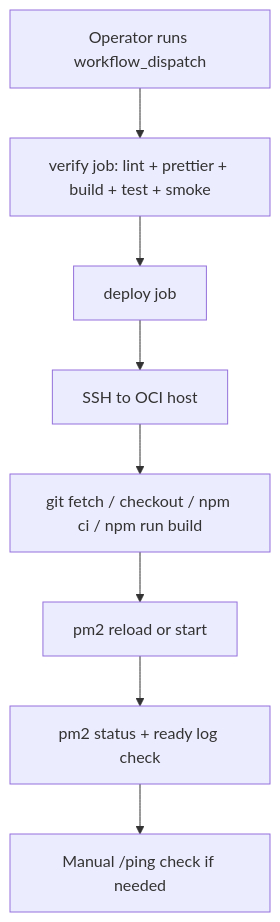
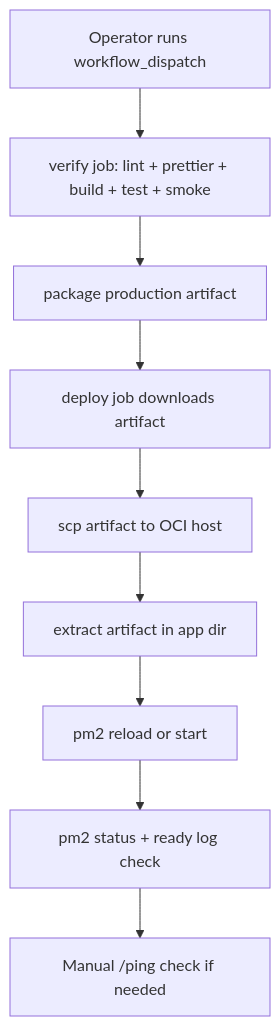
Before and after one commit to honki12345/haruharu-discord-bot: the diagram in docs/PRODUCTION_RUNBOOK.md, drawn with Mermaid. The commit also changed other lines of this file and 5 other files, not shown here.

Commit message:
feat: production artifact 배포로 전환 (#59)

````diff
--- a/docs/PRODUCTION_RUNBOOK.md
+++ b/docs/PRODUCTION_RUNBOOK.md
@@ -16,10 +16,11 @@
 ```mermaid
 flowchart TD
   A[Operator runs workflow_dispatch] --> B[verify job: lint + prettier + build + test + smoke]
-  B --> C[deploy job]
-  C --> D[SSH to OCI host]
-  D --> E[git fetch / checkout / npm ci / npm run build]
-  E --> F[pm2 reload or start]
-  F --> G[pm2 status + ready log check]
-  G --> H[Manual /ping check if needed]
+  B --> C[package production artifact]
+  C --> D[deploy job downloads artifact]
+  D --> E[scp artifact to OCI host]
+  E --> F[extract artifact in app dir]
+  F --> G[pm2 reload or start]
+  G --> H[pm2 status + ready log check]
+  H --> I[Manual /ping check if needed]
 ```
````
